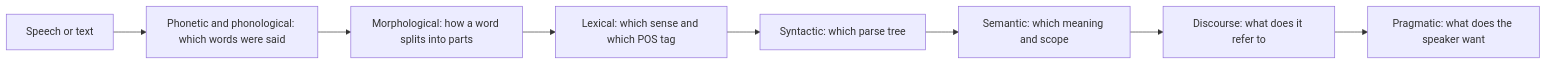
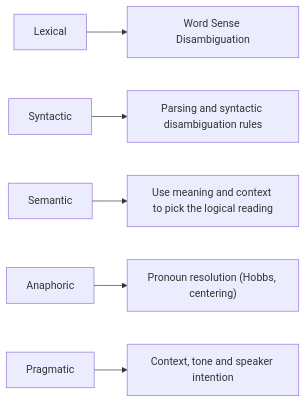
Before and after one commit to TrendySloth1001/sem-seven-notes: the third of 3 diagrams in content/natural-language-processing/notes/ambiguity-challenges.mdx, drawn with Mermaid. The commit also changed other lines of this file and 406 other files, not shown here.

````diff
--- a/content/natural-language-processing/notes/ambiguity-challenges.mdx
+++ b/content/natural-language-processing/notes/ambiguity-challenges.mdx
@@ -220,11 +172,9 @@
 ```mermaid
-%% caption: The stages of language processing and the ambiguity each one has to settle. An error at an early stage flows down to all later stages.
+%% caption: Each type of ambiguity has its own remedy. Use the surrounding words and the situation to choose one meaning.
 flowchart LR
-  A["Speech or text"] --> B["Phonetic and phonological: which words were said"]
-  B --> C["Morphological: how a word splits into parts"]
-  C --> D["Lexical: which sense and which POS tag"]
-  D --> E["Syntactic: which parse tree"]
-  E --> F["Semantic: which meaning and scope"]
-  F --> G["Discourse: what does it refer to"]
-  G --> H["Pragmatic: what does the speaker want"]
+  A["Lexical"] --> A1["Word Sense Disambiguation"]
+  B["Syntactic"] --> B1["Parsing and syntactic disambiguation rules"]
+  C["Semantic"] --> C1["Use meaning and context to pick the logical reading"]
+  D["Anaphoric"] --> D1["Pronoun resolution (Hobbs, centering)"]
+  E["Pragmatic"] --> E1["Context, tone and speaker intention"]
 ```
````
